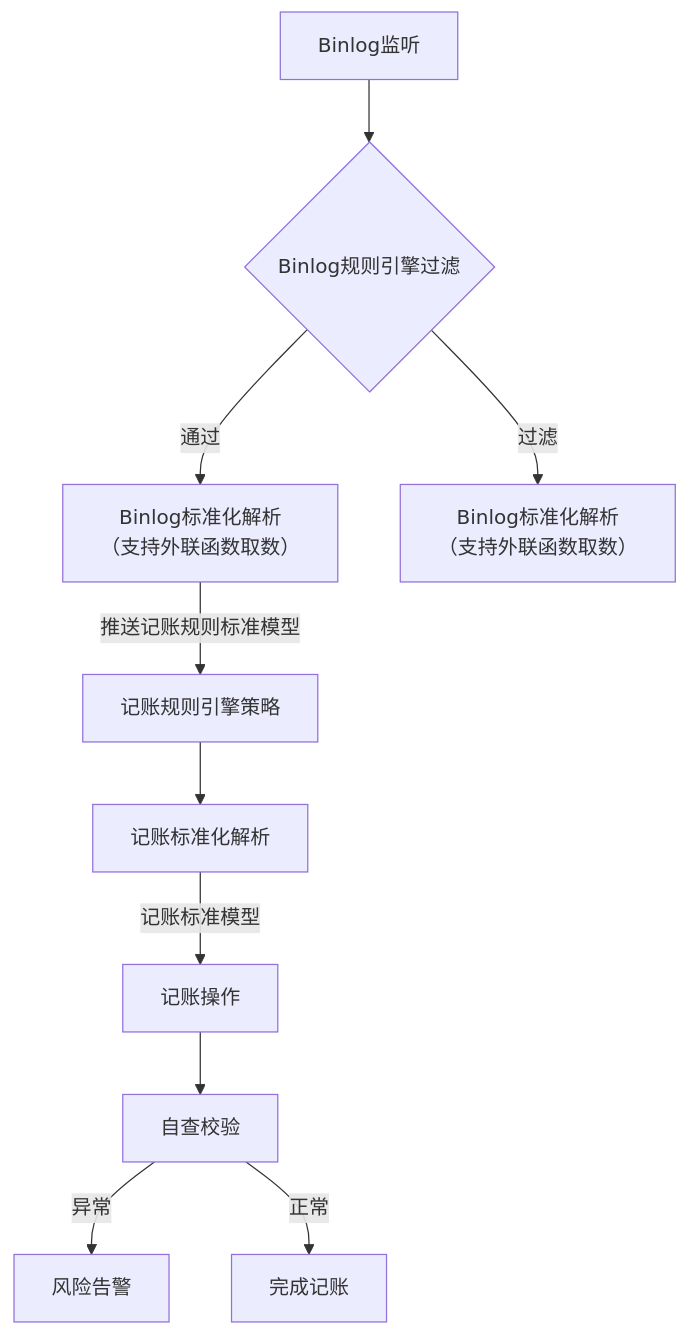
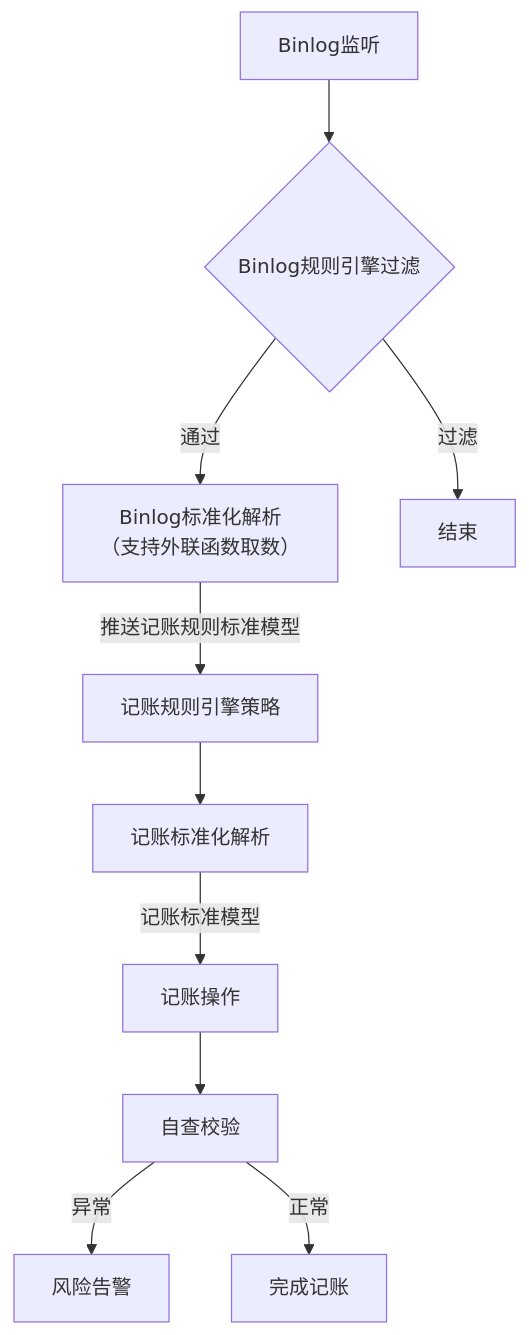
One commit to 87828943/iodraw-files changed the diagram in all/记账架构流程图.md. Above: the diagram before and after it, drawn with Mermaid.

Commit message:
2025-07-07 14:53:21 update

````diff
--- a/all/记账架构流程图.md
+++ b/all/记账架构流程图.md
@@ -1,14 +1,13 @@
 ```mermaid
 graph TD
     A[Binlog监听] --> B{Binlog规则引擎过滤}
     B -->|通过| C[Binlog标准化解析
     （支持外联函数取数）]
-    B -->|过滤| K[Binlog标准化解析
-    （支持外联函数取数）]
+    B -->|过滤| K[结束]
     C --> |推送记账规则标准模型|D[记账规则引擎策略]
     D --> E[记账标准化解析]
     E --> |记账标准模型|F[记账操作]
     F --> G[自查校验]
     G -->|异常| H[风险告警]
     G -->|正常| I[完成记账]
 ```
````
